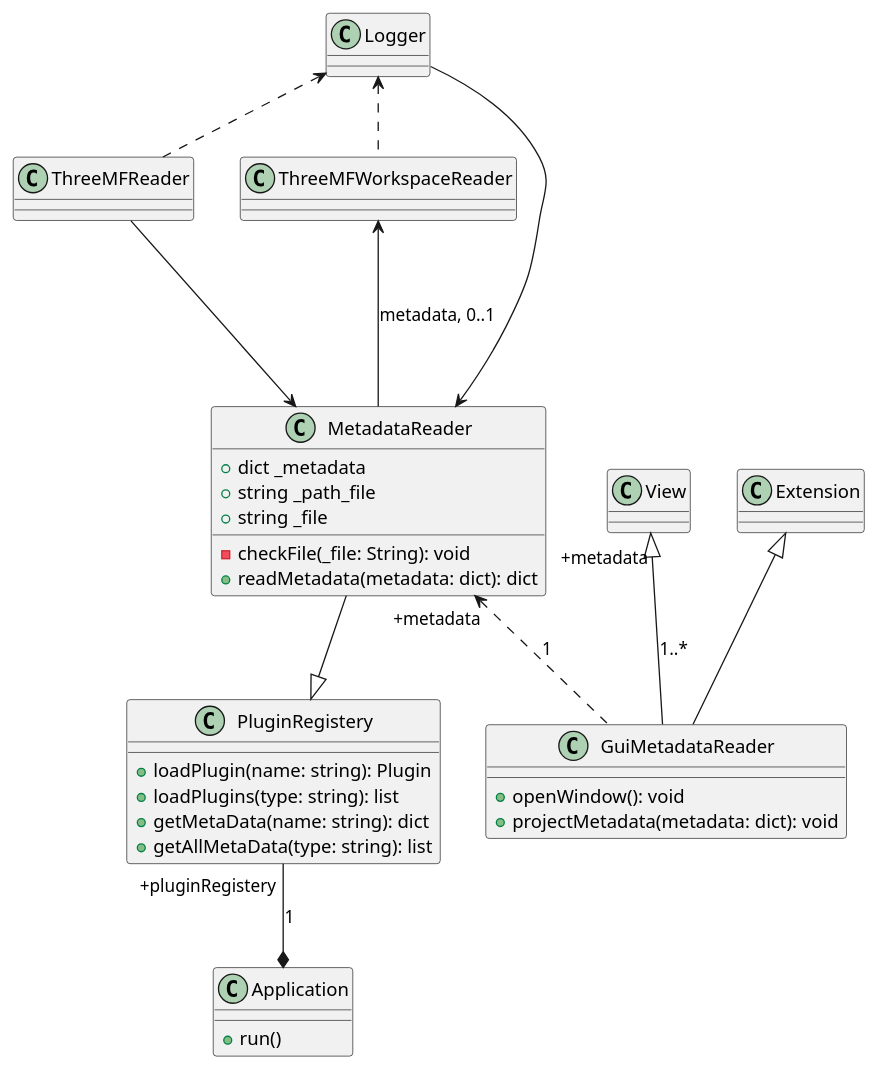
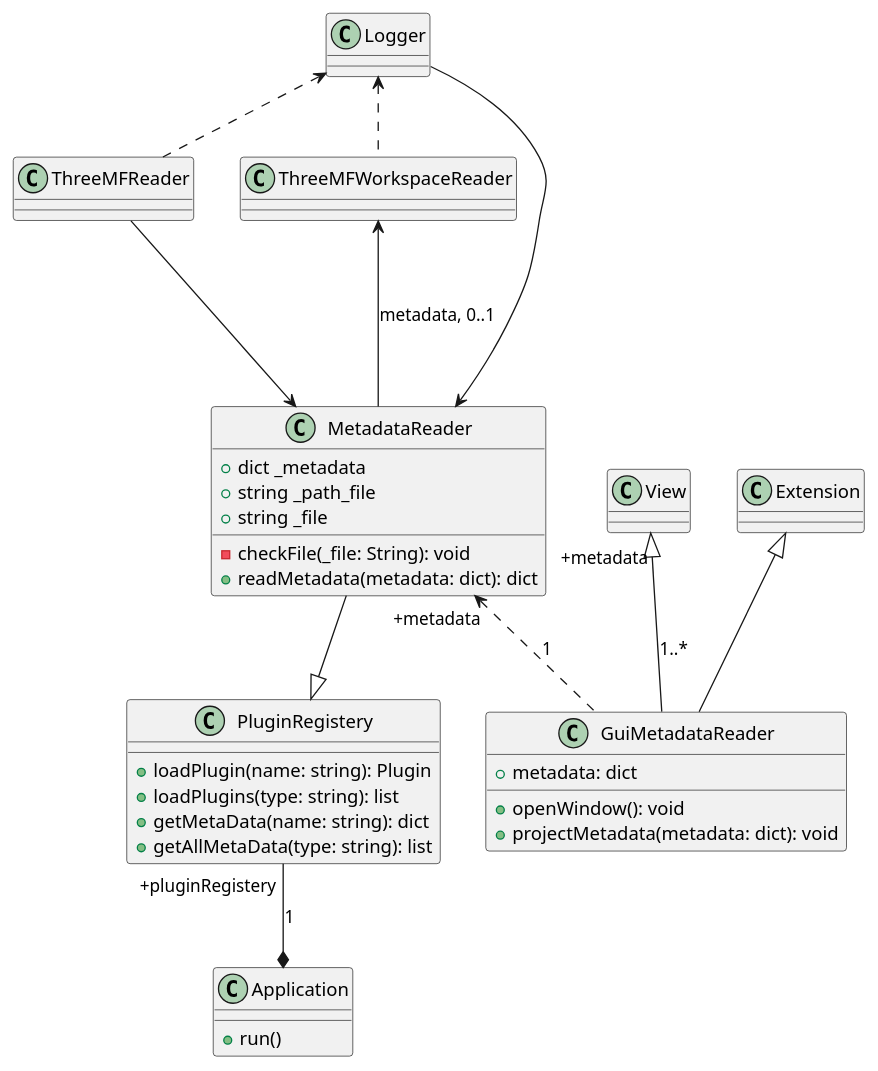
The diagram in UML Class Diagram 3MFGui.puml (GeoKrom/NTUA-Technologies-and-Applications-of-Additive-Manufacturing-3D-Printing-course), drawn with PlantUML before and after one commit. The commit also changed 2 other files, not shown here.

```diff
--- a/UML Class Diagram 3MFGui.puml
+++ b/UML Class Diagram 3MFGui.puml
@@ -1,41 +1,42 @@
 @startuml
 'https://plantuml.com/class-diagram
 
 static class Logger
 class View
 class Extension
 class ThreeMFReader
 class ThreeMFWorkspaceReader
 class MetadataReader {
     +dict _metadata
     +string _path_file
     +string _file
     -checkFile(_file: String): void
     +readMetadata(metadata: dict): dict
 }
 class Application {
     +run()
 }
 class GuiMetadataReader {
 
+    +metadata: dict
     +openWindow(): void
     +projectMetadata(metadata: dict): void
 
 }
 class PluginRegistery {
     +loadPlugin(name: string): Plugin
     +loadPlugins(type: string): list
     +getMetaData(name: string): dict
     +getAllMetaData(type: string): list
 }
 Logger <.. ThreeMFReader
 Logger <.. ThreeMFWorkspaceReader
 ThreeMFWorkspaceReader <--- MetadataReader : metadata, 0..1
 ThreeMFReader ---> MetadataReader
 MetadataReader --|> PluginRegistery
 MetadataReader <-- Logger
 MetadataReader <.. GuiMetadataReader: "+metadata" 1
 View <|-- GuiMetadataReader : " +metadata "  1..*
 Extension <|-- GuiMetadataReader
 PluginRegistery --* Application: "+pluginRegistery"  1
 @enduml
```
